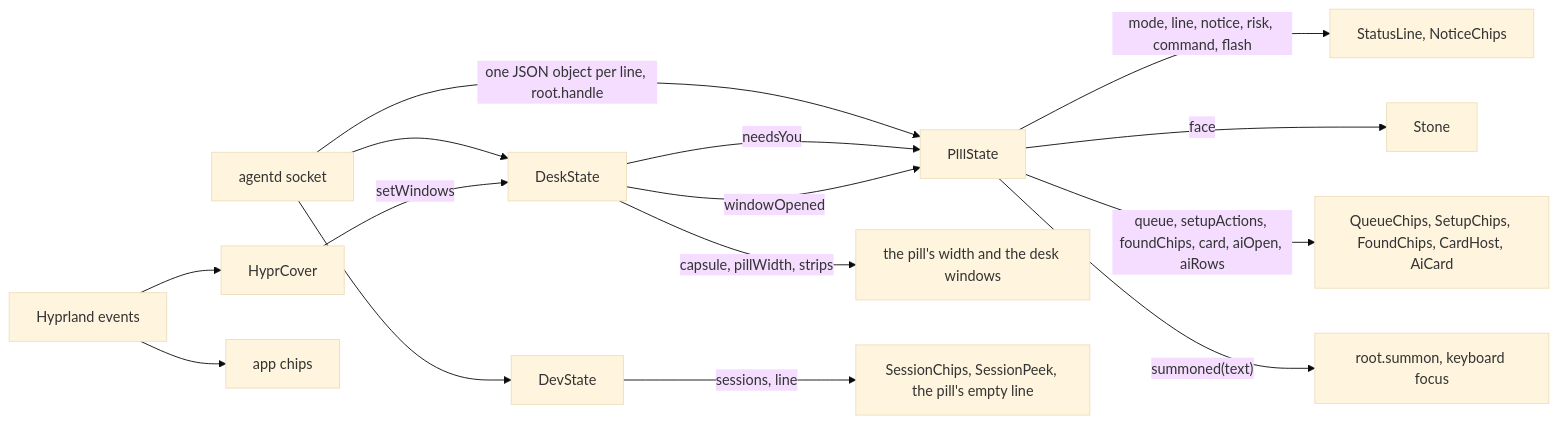
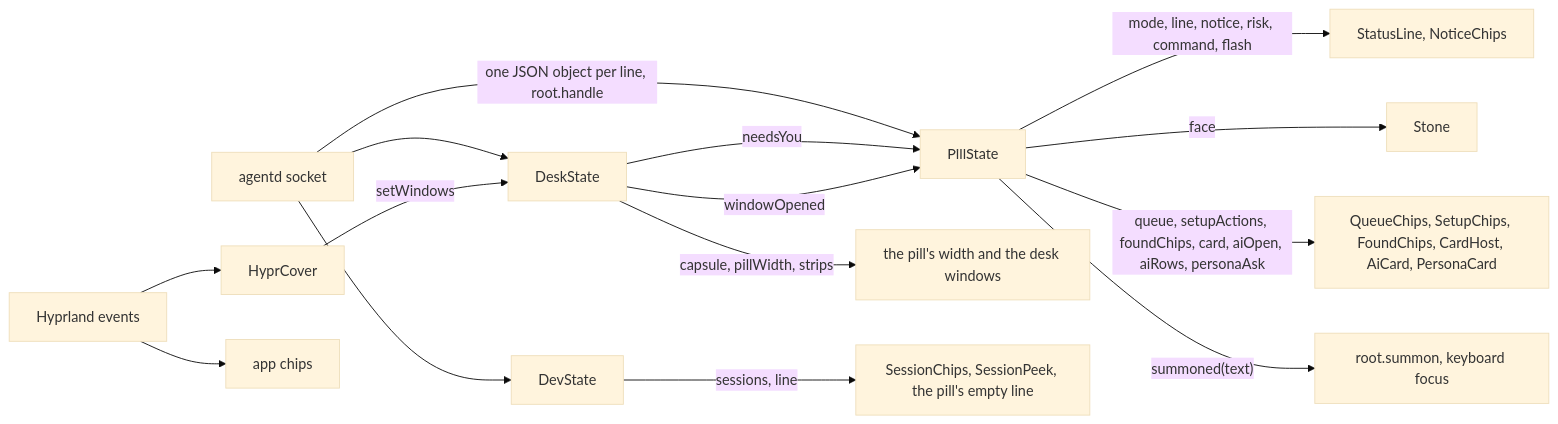
The first of 3 diagrams in docs/architecture/shell.md (thedefaultman/Bombadil), drawn with Mermaid (base theme) before and after one commit. The commit also changed other lines of this file and 30 other files, not shown here.

````diff
--- a/docs/architecture/shell.md
+++ b/docs/architecture/shell.md
@@ -12,17 +12,17 @@
 ```mermaid
 flowchart LR
     agentd["agentd socket"] -->|"one JSON object per line, root.handle"| pill["PillState"]
     agentd --> desk["DeskState"]
     agentd --> dev["DevState"]
     pill -->|"mode, line, notice, risk, command, flash"| line["StatusLine, NoticeChips"]
     pill -->|"face"| stone["Stone"]
-    pill -->|"queue, setupActions, foundChips, card, aiOpen, aiRows"| chips["QueueChips, SetupChips, FoundChips, CardHost, AiCard"]
+    pill -->|"queue, setupActions, foundChips, card, aiOpen, aiRows, personaAsk"| chips["QueueChips, SetupChips, FoundChips, CardHost, AiCard, PersonaCard"]
     pill -->|"summoned(text)"| focus["root.summon, keyboard focus"]
     desk -->|"needsYou"| pill
     desk -->|"windowOpened"| pill
     desk -->|"capsule, pillWidth, strips"| bar["the pill's width and the desk windows"]
     dev -->|"sessions, line"| dots["SessionChips, SessionPeek, the pill's empty line"]
     hypr["Hyprland events"] --> cover["HyprCover"]
     cover -->|"setWindows"| desk
     hypr --> appchips["app chips"]
 ```
````
